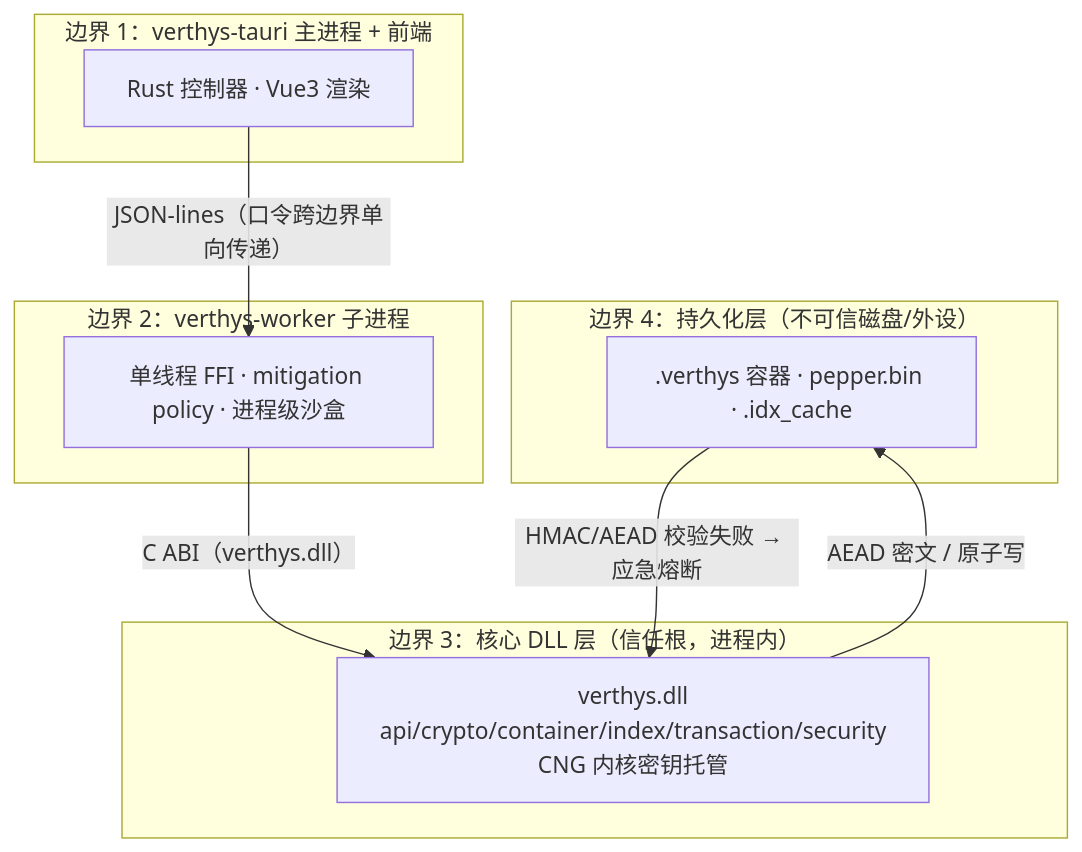
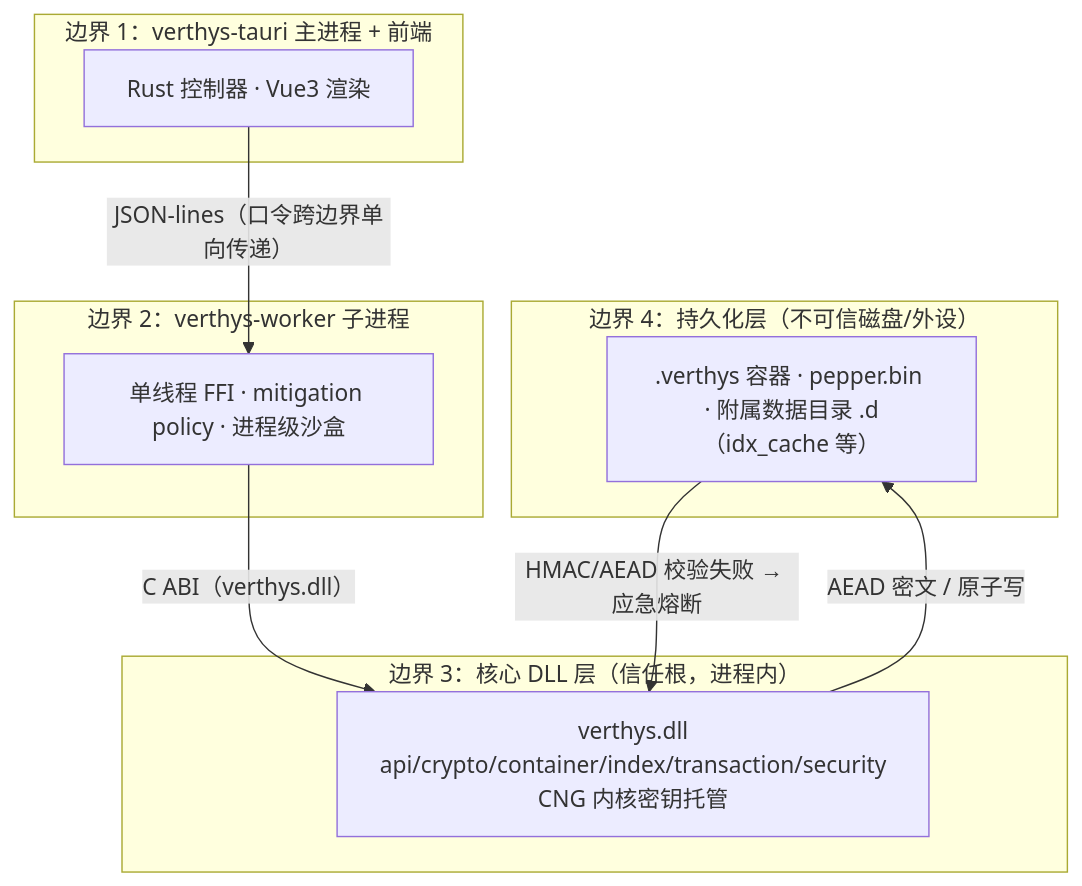
The first of 4 diagrams in docs/SECURITY_DESIGN.md (K1Super/Verthys), drawn with Mermaid before and after one commit. The commit also changed other lines of this file and 207 other files, not shown here.

````diff
--- a/docs/SECURITY_DESIGN.md
+++ b/docs/SECURITY_DESIGN.md
@@ -13,19 +13,19 @@
 ```mermaid
 flowchart TB
     subgraph T4["边界 4：持久化层（不可信磁盘/外设）"]
-        V[" .verthys 容器 · pepper.bin · .idx_cache"]
+        V[" .verthys 容器 · pepper.bin · 附属数据目录 .d（idx_cache 等）"]
     end
     subgraph T3["边界 3：核心 DLL 层（信任根，进程内）"]
         C["verthys.dll<br/>api/crypto/container/index/transaction/security<br/>CNG 内核密钥托管"]
     end
     subgraph T2["边界 2：verthys-worker 子进程"]
         W["单线程 FFI · mitigation policy · 进程级沙盒"]
     end
     subgraph T1["边界 1：verthys-tauri 主进程 + 前端"]
         M["Rust 控制器 · Vue3 渲染"]
     end
     M -->|"JSON-lines（口令跨边界单向传递）"| W
     W -->|"C ABI（verthys.dll）"| C
     C -->|"AEAD 密文 / 原子写"| V
     V -->|"HMAC/AEAD 校验失败 → 应急熔断"| C
 ```
````
